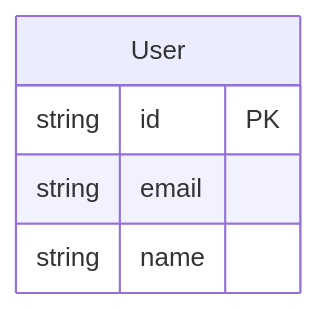
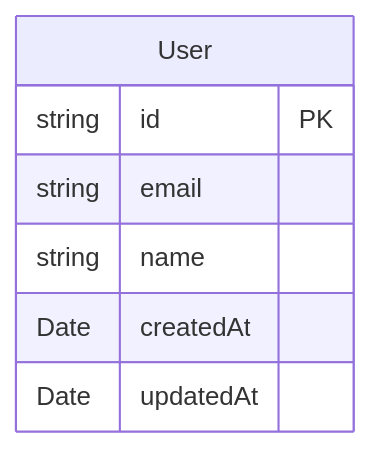
The diagram in docs/documate/diagrams/er-diagram.mmd (BelaSiemens/documate-test-target), drawn with Mermaid before and after one commit.

Commit message:
docs: update er_diagram

```diff
--- a/docs/documate/diagrams/er-diagram.mmd
+++ b/docs/documate/diagrams/er-diagram.mmd
@@ -1,6 +1,8 @@
 erDiagram
     User {
         string id PK
         string email
         string name
+        Date createdAt
+        Date updatedAt
     }
```
